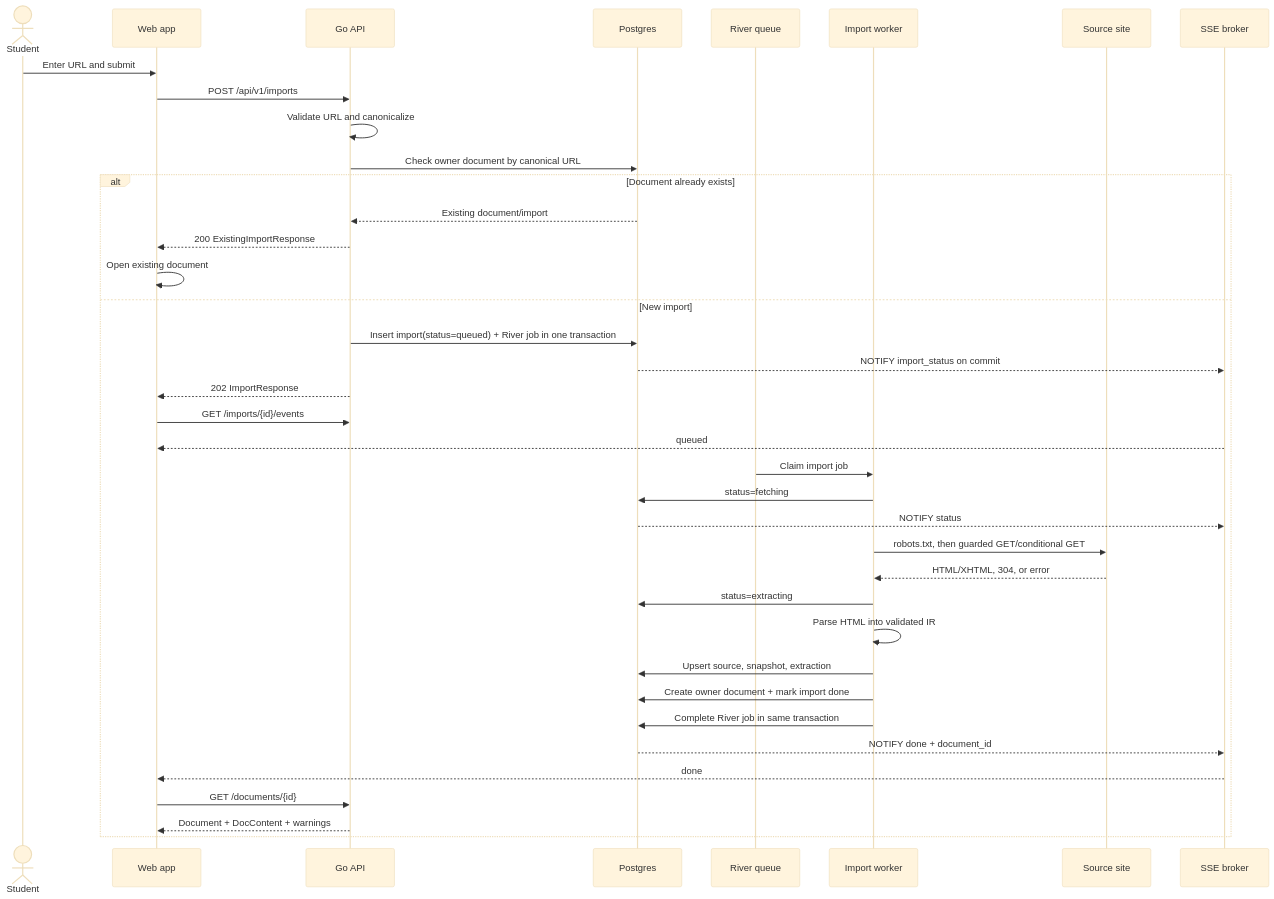
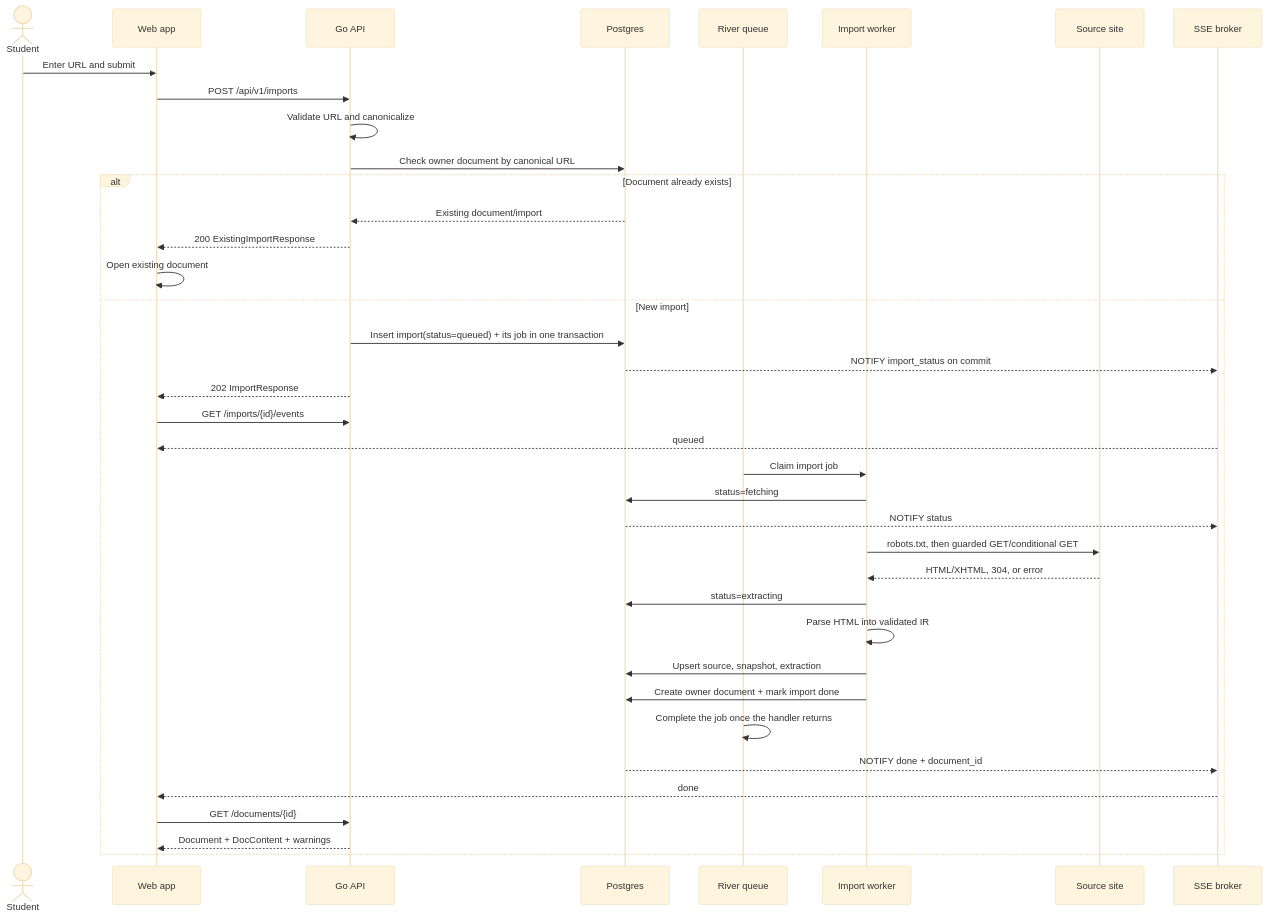
The second of 13 diagrams in SYSTEM-DESIGN.md (ROKUMATE/RoNote), drawn with Mermaid (base theme) before and after one commit. The commit also changed other lines of this file and 17 other files, not shown here.

````diff
--- a/SYSTEM-DESIGN.md
+++ b/SYSTEM-DESIGN.md
@@ -79,41 +79,41 @@
 ```mermaid
 sequenceDiagram
     actor Student
     participant Web as Web app
     participant API as Go API
     participant DB as Postgres
     participant River as River queue
     participant Worker as Import worker
     participant Site as Source site
     participant SSE as SSE broker
 
     Student->>Web: Enter URL and submit
     Web->>API: POST /api/v1/imports
     API->>API: Validate URL and canonicalize
     API->>DB: Check owner document by canonical URL
     alt Document already exists
         DB-->>API: Existing document/import
         API-->>Web: 200 ExistingImportResponse
         Web->>Web: Open existing document
     else New import
-        API->>DB: Insert import(status=queued) + River job in one transaction
+        API->>DB: Insert import(status=queued) + its job in one transaction
         DB-->>SSE: NOTIFY import_status on commit
         API-->>Web: 202 ImportResponse
         Web->>API: GET /imports/{id}/events
         SSE-->>Web: queued
         River->>Worker: Claim import job
         Worker->>DB: status=fetching
         DB-->>SSE: NOTIFY status
         Worker->>Site: robots.txt, then guarded GET/conditional GET
         Site-->>Worker: HTML/XHTML, 304, or error
         Worker->>DB: status=extracting
         Worker->>Worker: Parse HTML into validated IR
         Worker->>DB: Upsert source, snapshot, extraction
         Worker->>DB: Create owner document + mark import done
-        Worker->>DB: Complete River job in same transaction
+        River->>River: Complete the job once the handler returns
         DB-->>SSE: NOTIFY done + document_id
         SSE-->>Web: done
         Web->>API: GET /documents/{id}
         API-->>Web: Document + DocContent + warnings
     end
 ```
````
